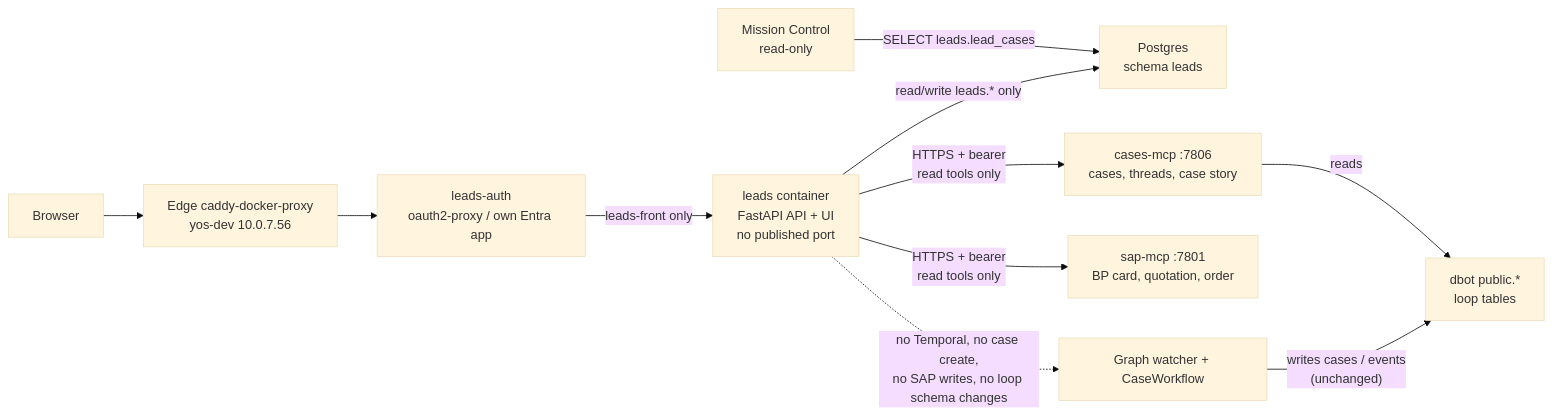
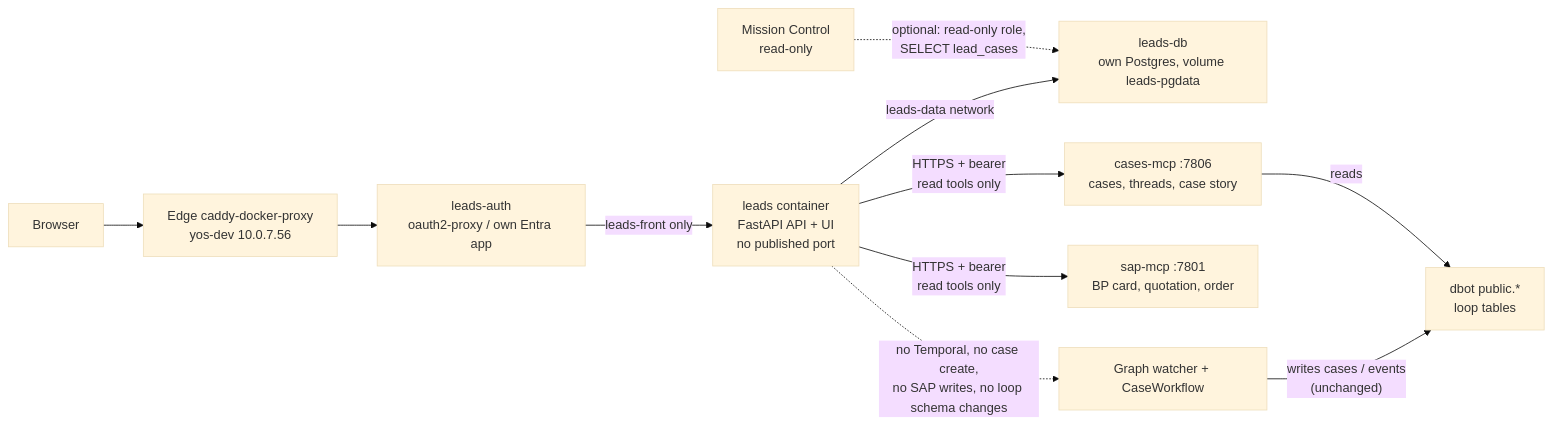
Before and after one commit to dayovartan/lead-pipeline-dashboard: the diagram in docs/LEADS_PLAN.md, drawn with Mermaid (base theme). The commit also changed other lines of this file and 2 other files, not shown here.

````diff
--- a/docs/LEADS_PLAN.md
+++ b/docs/LEADS_PLAN.md
@@ -57,13 +65,13 @@
 ```mermaid
 flowchart LR
   User["Browser"] --> Caddy["Edge caddy-docker-proxy<br/>yos-dev 10.0.7.56"]
   Caddy --> Auth["leads-auth<br/>oauth2-proxy / own Entra app"]
   Auth -->|"leads-front only"| App["leads container<br/>FastAPI API + UI<br/>no published port"]
-  App -->|"read/write leads.* only"| DB["Postgres<br/>schema leads"]
+  App -->|"leads-data network"| DB["leads-db<br/>own Postgres, volume leads-pgdata"]
   App -->|"HTTPS + bearer<br/>read tools only"| CMCP["cases-mcp :7806<br/>cases, threads, case story"]
   App -->|"HTTPS + bearer<br/>read tools only"| SMCP["sap-mcp :7801<br/>BP card, quotation, order"]
-  MC["Mission Control<br/>read-only"] -->|"SELECT leads.lead_cases"| DB
+  MC["Mission Control<br/>read-only"] -.->|"optional: read-only role,<br/>SELECT lead_cases"| DB
   Loop["Graph watcher + CaseWorkflow"] -->|"writes cases / events<br/>(unchanged)"| Public["dbot public.*<br/>loop tables"]
   CMCP -->|"reads"| Public
   App -.->|"no Temporal, no case create,<br/>no SAP writes, no loop schema changes"| Loop
 ```
````
